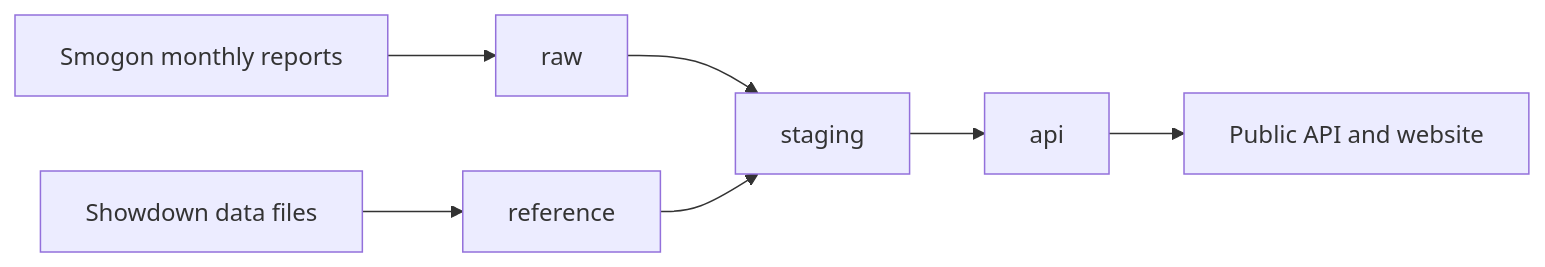
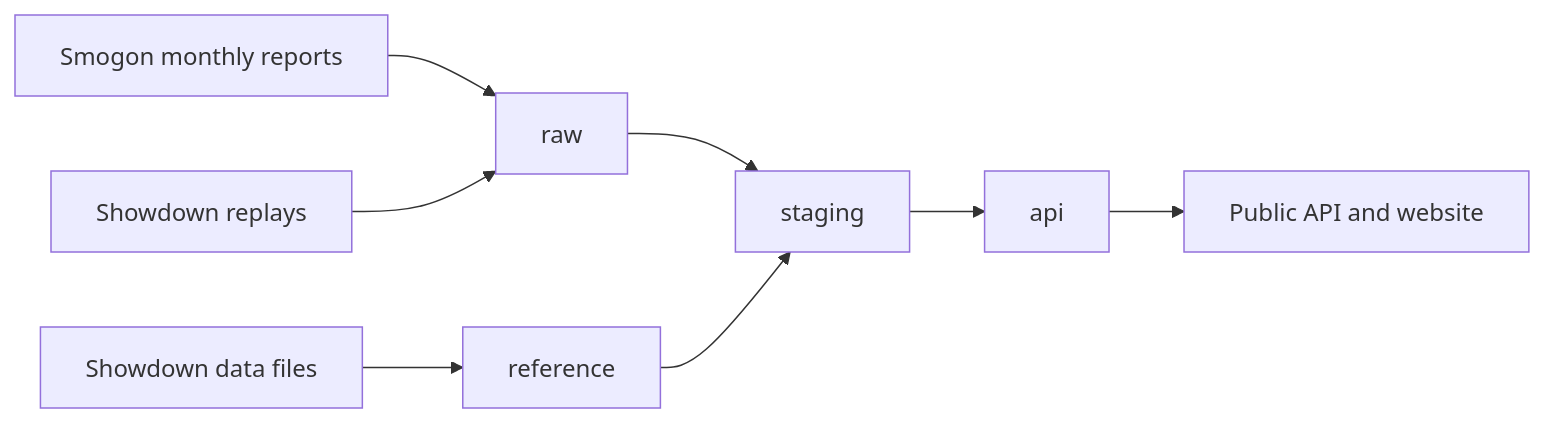
The first of 4 diagrams in docs/database-architecture.md (HighDesertCode/showdown-analytics), drawn with Mermaid before and after one commit. The commit also changed other lines of this file and 14 other files, not shown here.

````diff
--- a/docs/database-architecture.md
+++ b/docs/database-architecture.md
@@ -18,7 +18,8 @@
 ```mermaid
 flowchart LR
     showdown[Showdown data files] --> reference
     smogon[Smogon monthly reports] --> raw --> staging --> api
+    replays[Showdown replays] --> raw
     reference --> staging
     api --> clients[Public API and website]
 ```
````
